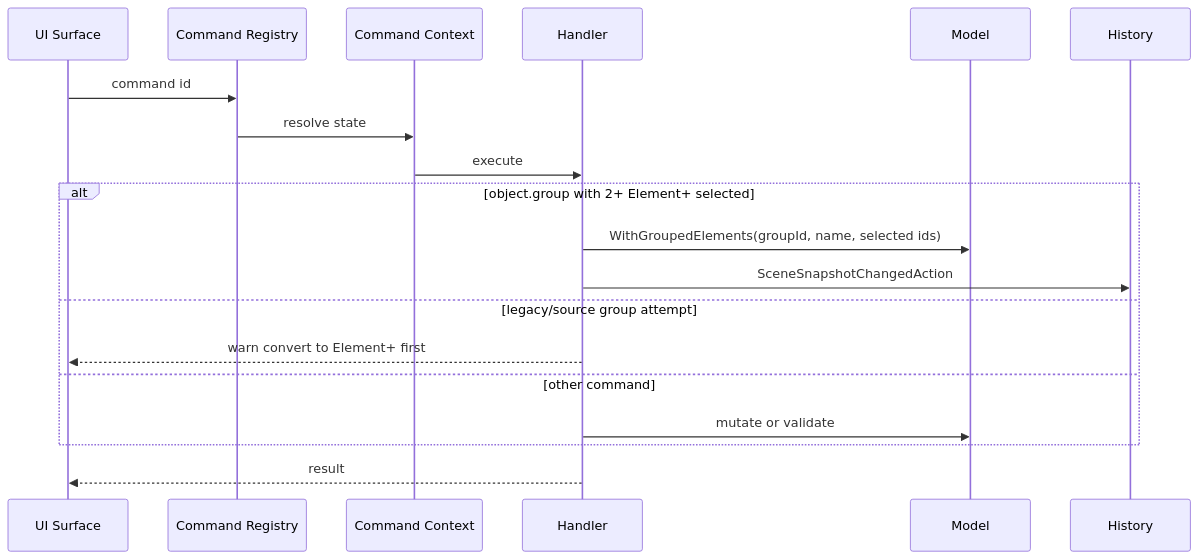
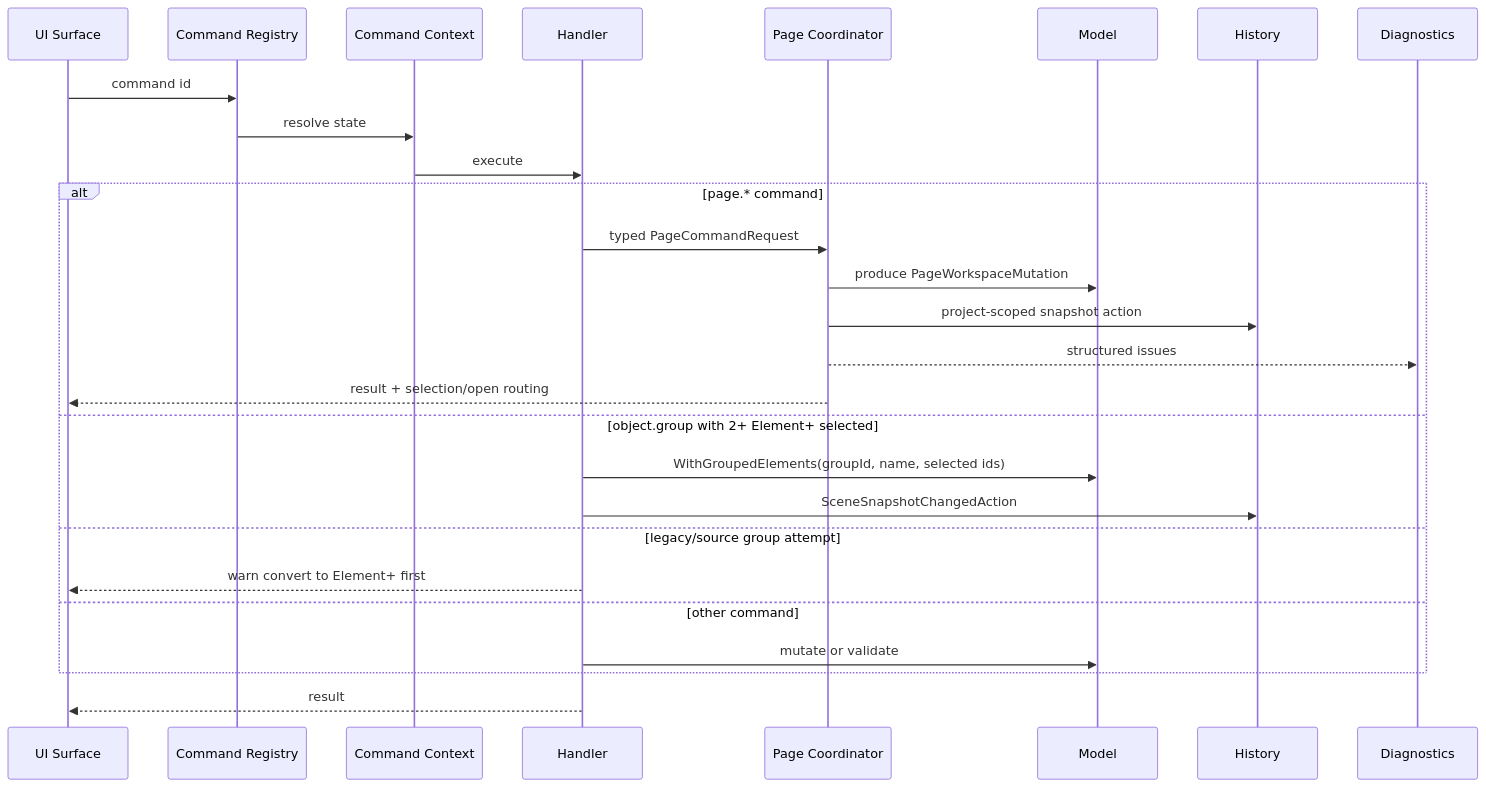
One commit to technologiesflorizon/scadabuilder changed the diagram in docs/10_generated/COMMAND_FLOW_DIAGRAM_V2.md. Above: the diagram before and after it, drawn with Mermaid. The commit also changed other lines of this file and 19 other files, not shown here.

````diff
--- a/docs/10_generated/COMMAND_FLOW_DIAGRAM_V2.md
+++ b/docs/10_generated/COMMAND_FLOW_DIAGRAM_V2.md
@@ -14,21 +15,29 @@
 ```mermaid
 sequenceDiagram
   participant UI as UI Surface
   participant Registry as Command Registry
   participant Context as Command Context
   participant Handler as Handler
+  participant Coordinator as Page Coordinator
   participant Model as Model
   participant History as History
+  participant Diagnostics as Diagnostics
   UI->>Registry: command id
   Registry->>Context: resolve state
   Context->>Handler: execute
-  alt object.group with 2+ Element+ selected
+  alt page.* command
+    Handler->>Coordinator: typed PageCommandRequest
+    Coordinator->>Model: produce PageWorkspaceMutation
+    Coordinator->>History: project-scoped snapshot action
+    Coordinator-->>Diagnostics: structured issues
+    Coordinator-->>UI: result + selection/open routing
+  else object.group with 2+ Element+ selected
     Handler->>Model: WithGroupedElements(groupId, name, selected ids)
     Handler->>History: SceneSnapshotChangedAction
   else legacy/source group attempt
     Handler-->>UI: warn convert to Element+ first
   else other command
     Handler->>Model: mutate or validate
   end
   Handler-->>UI: result
 ```
````
